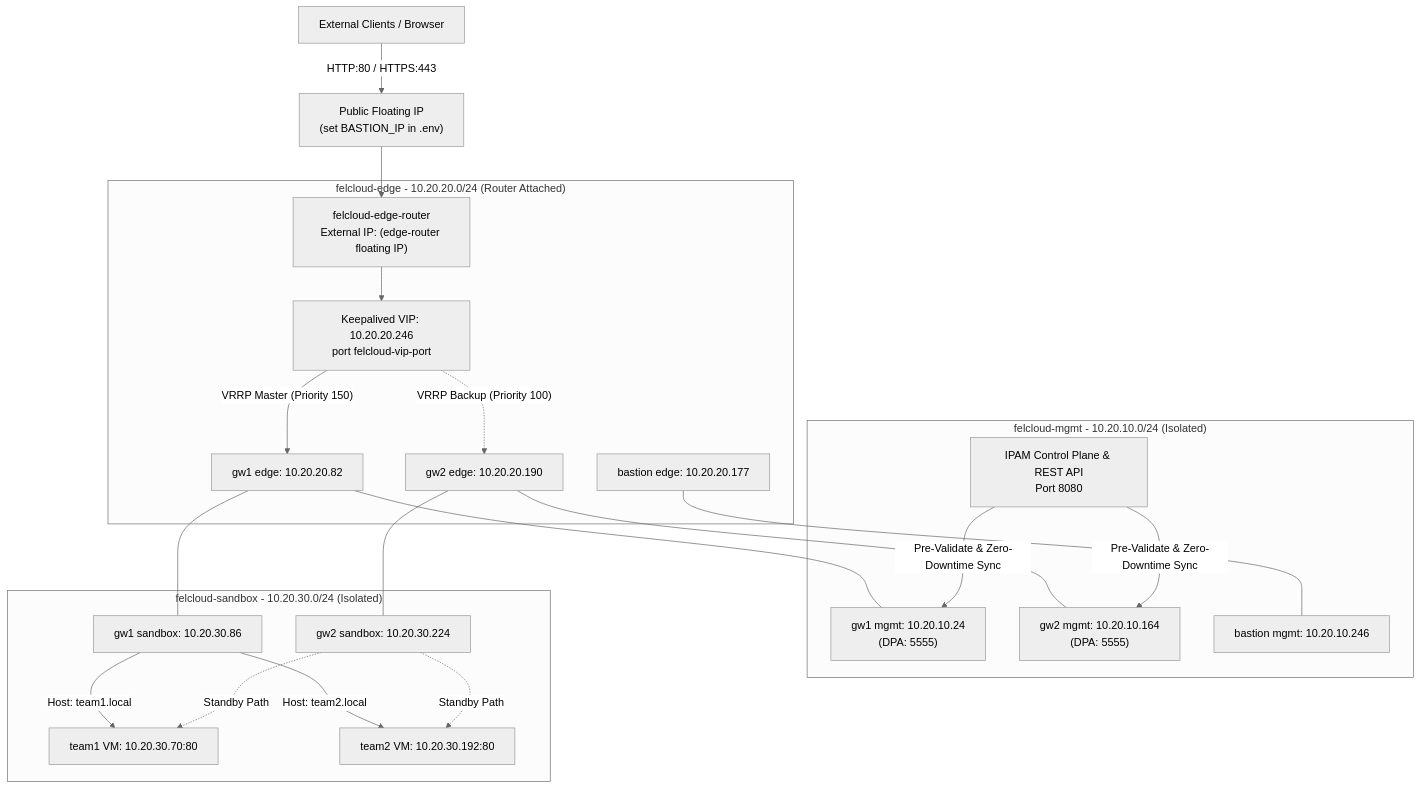
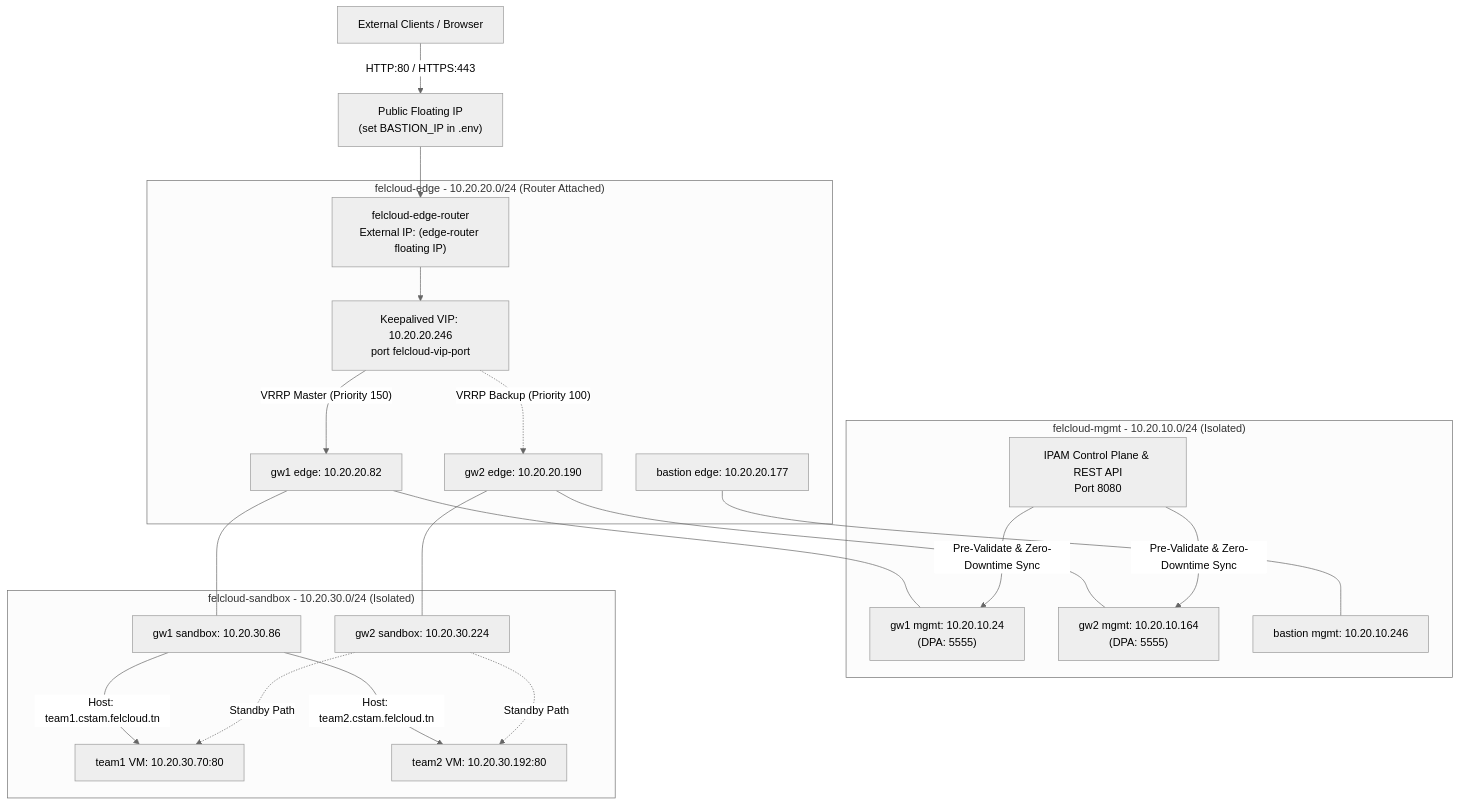
One commit to ben-slimene-nour-el-houda/felcloud changed the first of 3 diagrams in README.md. Above: the diagram before and after it, drawn with Mermaid (neutral theme). The commit also changed other lines of this file and 9 other files, not shown here.

Commit message:
feat: configurable ROUTING_DOMAIN (default cstam.felcloud.tn), single-suffix routing ACLs

````diff
--- a/README.md
+++ b/README.md
@@ -75,44 +75,44 @@
 ```mermaid
 flowchart TB
     Client["External Clients / Browser"]
     PUB["Public Floating IP\n(set BASTION_IP in .env)"]
     Client -->|HTTP:80 / HTTPS:443| PUB
 
     subgraph EDGE["felcloud-edge - 10.20.20.0/24 (Router Attached)"]
         RTR["felcloud-edge-router<br/>External IP: (edge-router floating IP)"]
         VIP["Keepalived VIP: 10.20.20.246<br/>port felcloud-vip-port"]
         GW1E["gw1 edge: 10.20.20.82"]
         GW2E["gw2 edge: 10.20.20.190"]
         BASE["bastion edge: 10.20.20.177"]
     end
 
     subgraph MGMT["felcloud-mgmt - 10.20.10.0/24 (Isolated)"]
         GW1M["gw1 mgmt: 10.20.10.24<br/>(DPA: 5555)"]
         GW2M["gw2 mgmt: 10.20.10.164<br/>(DPA: 5555)"]
         BASM["bastion mgmt: 10.20.10.246"]
         IPAM["IPAM Control Plane & REST API<br/>Port 8080"]
     end
 
     subgraph SBX["felcloud-sandbox - 10.20.30.0/24 (Isolated)"]
         GW1S["gw1 sandbox: 10.20.30.86"]
         GW2S["gw2 sandbox: 10.20.30.224"]
         T1["team1 VM: 10.20.30.70:80"]
         T2["team2 VM: 10.20.30.192:80"]
     end
 
     PUB --> RTR
     RTR --> VIP
     VIP -->|"VRRP Master (Priority 150)"| GW1E
     VIP -.->|"VRRP Backup (Priority 100)"| GW2E
     GW1E --- GW1M
     GW1E --- GW1S
     GW2E --- GW2M
     GW2E --- GW2S
-    GW1S -->|"Host: team1.local"| T1
-    GW1S -->|"Host: team2.local"| T2
+    GW1S -->|"Host: team1.cstam.felcloud.tn"| T1
+    GW1S -->|"Host: team2.cstam.felcloud.tn"| T2
     GW2S -.->|"Standby Path"| T1
     GW2S -.->|"Standby Path"| T2
     BASE --- BASM
     IPAM -->|"Pre-Validate & Zero-Downtime Sync"| GW1M
     IPAM -->|"Pre-Validate & Zero-Downtime Sync"| GW2M
 ```
````
